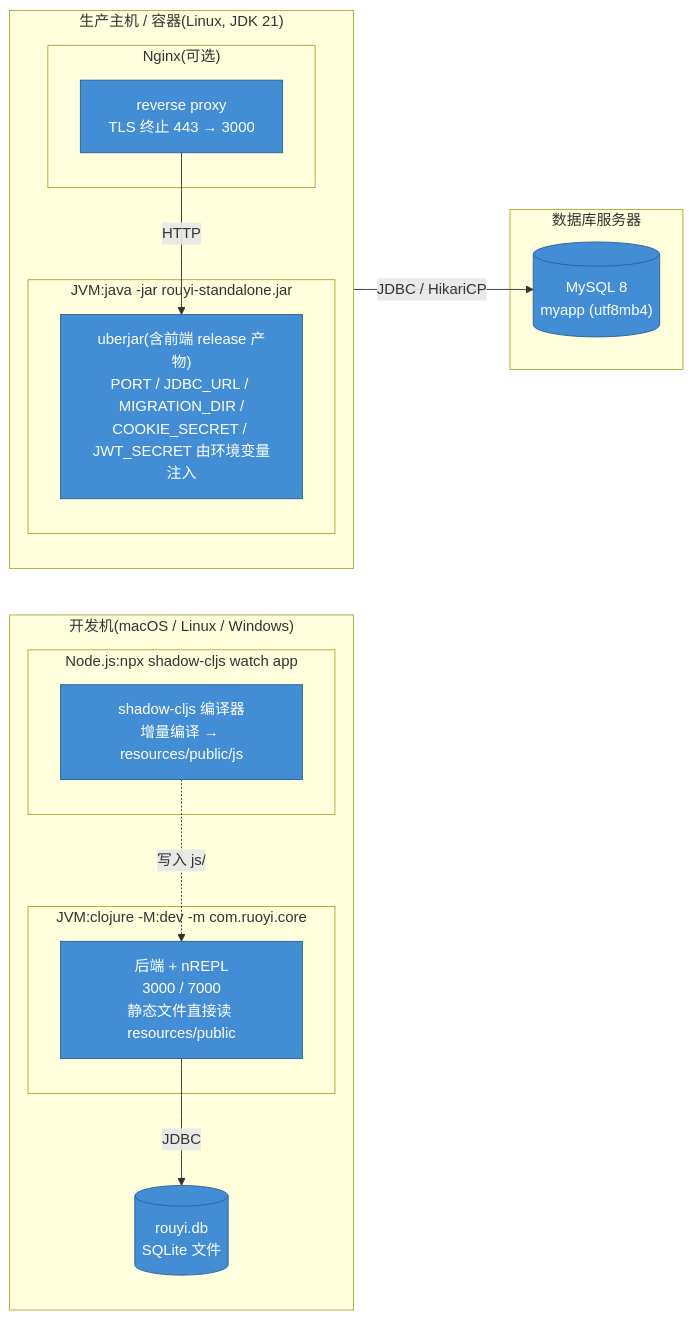
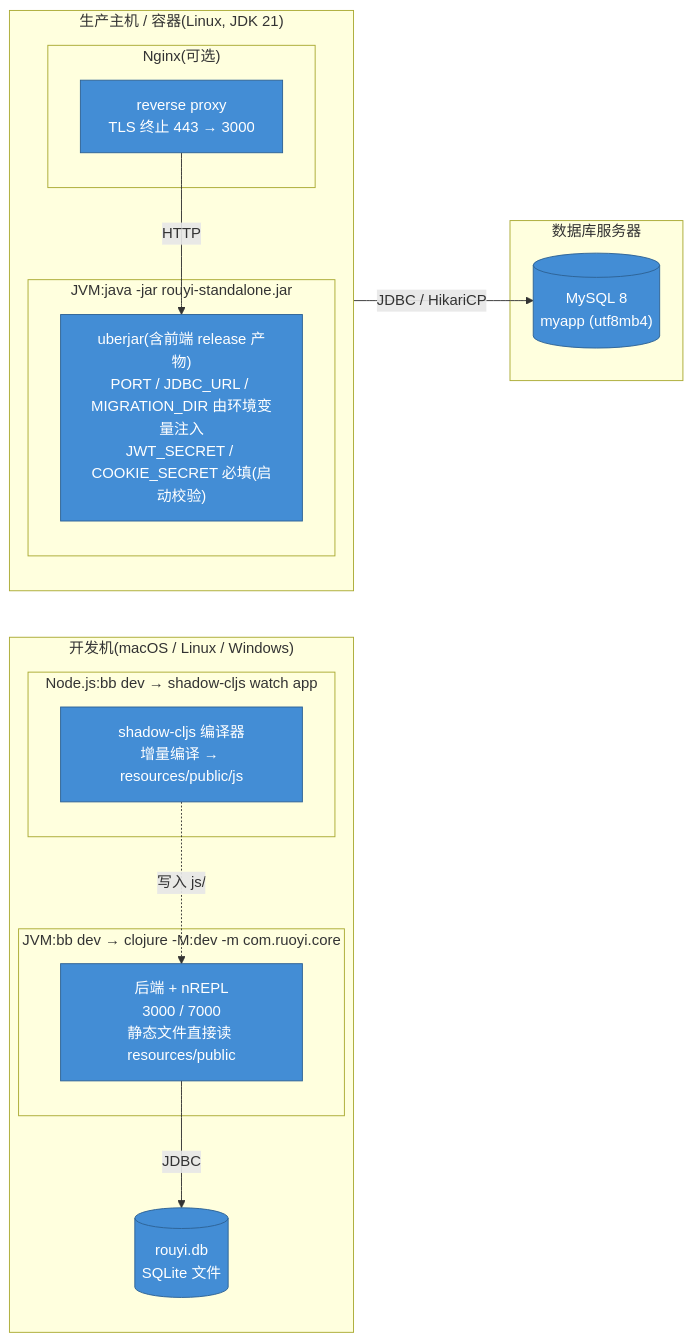
Before and after one commit to RedCreationTech/clj-cljs-template: diagram 13 of 14 in docs/architecture/c4-model.org, drawn with Mermaid. The commit also changed other lines of this file and 250 other files, not shown here.

```diff
--- a/docs/architecture/c4-model.org
+++ b/docs/architecture/c4-model.org
@@ -609,30 +612,30 @@
 #+begin_src mermaid :file img/c4-deployment.svg :exports results
 flowchart LR
   subgraph DEV["开发机(macOS / Linux / Windows)"]
     direction TB
-    subgraph JVM1["JVM:clojure -M:dev -m com.ruoyi.core"]
+    subgraph JVM1["JVM:bb dev → clojure -M:dev -m com.ruoyi.core"]
       be1["后端 + nREPL<br/>3000 / 7000<br/>静态文件直接读 resources/public"]:::container
     end
-    subgraph NODE["Node.js:npx shadow-cljs watch app"]
+    subgraph NODE["Node.js:bb dev → shadow-cljs watch app"]
       fe1["shadow-cljs 编译器<br/>增量编译 → resources/public/js"]:::container
     end
     sqlite[("rouyi.db<br/>SQLite 文件")]:::container
     be1 -- JDBC --> sqlite
     fe1 -. 写入 js/ .-> be1
   end
   subgraph PROD["生产主机 / 容器(Linux, JDK 21)"]
     direction TB
     subgraph NGINX["Nginx(可选)"]
       rp["reverse proxy<br/>TLS 终止 443 → 3000"]:::container
     end
     subgraph JVM2["JVM:java -jar rouyi-standalone.jar"]
-      be2["uberjar(含前端 release 产物)<br/>PORT / JDBC_URL / MIGRATION_DIR /<br/>COOKIE_SECRET / JWT_SECRET 由环境变量注入"]:::container
+      be2["uberjar(含前端 release 产物)<br/>PORT / JDBC_URL / MIGRATION_DIR 由环境变量注入<br/>JWT_SECRET / COOKIE_SECRET 必填(启动校验)"]:::container
     end
     rp -- HTTP --> be2
   end
   subgraph DBHOST["数据库服务器"]
     mysql[("MySQL 8<br/>myapp (utf8mb4)")]:::container
   end
   be2 -- "JDBC / HikariCP" --> mysql
   classDef container fill:#438dd5,stroke:#2e6295,color:#fff
 #+end_src
```
